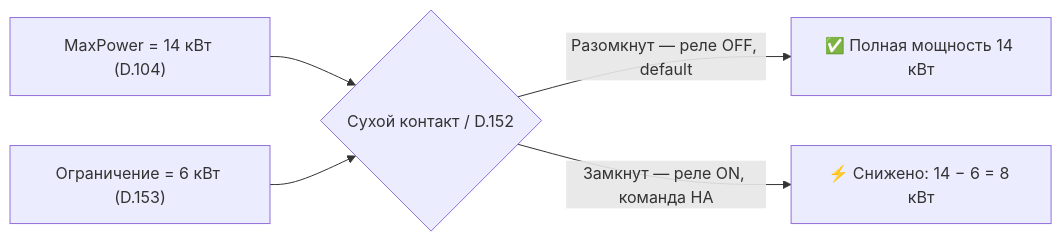
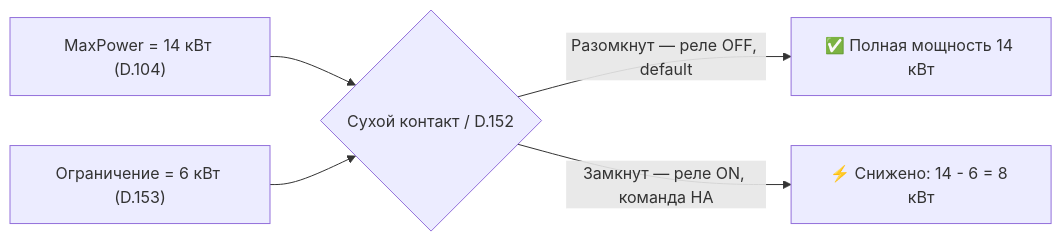
One commit to Gfermoto/Vaillant changed the fourth of 7 diagrams in HABR_ARTICLE.md. Above: the diagram before and after it, drawn with Mermaid. The commit also changed other lines of this file and 1 other file, not shown here.

````diff
--- a/HABR_ARTICLE.md
+++ b/HABR_ARTICLE.md
@@ -413,8 +414,8 @@
 ```mermaid
 graph LR
     A["MaxPower = 14 кВт (D.104)"] --> C
     B["Ограничение = 6 кВт (D.153)"] --> C
     C{"Сухой контакт / D.152"}
     C -- "Разомкнут — реле OFF, default" --> D["✅ Полная мощность 14 кВт"]
-    C -- "Замкнут — реле ON, команда HA" --> E["⚡ Снижено: 14 − 6 = 8 кВт"]
+    C -- "Замкнут — реле ON, команда HA" --> E["⚡ Снижено: 14 - 6 = 8 кВт"]
 ```
````
